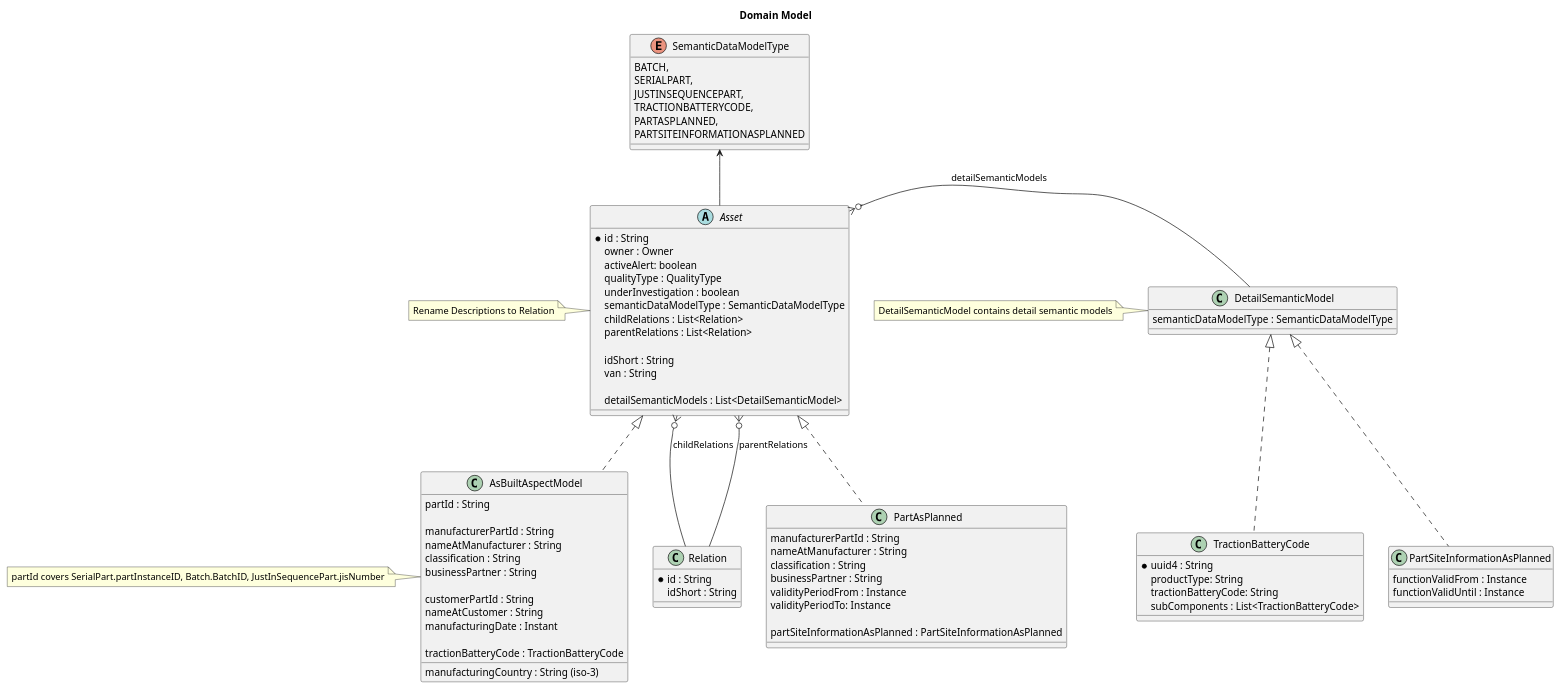
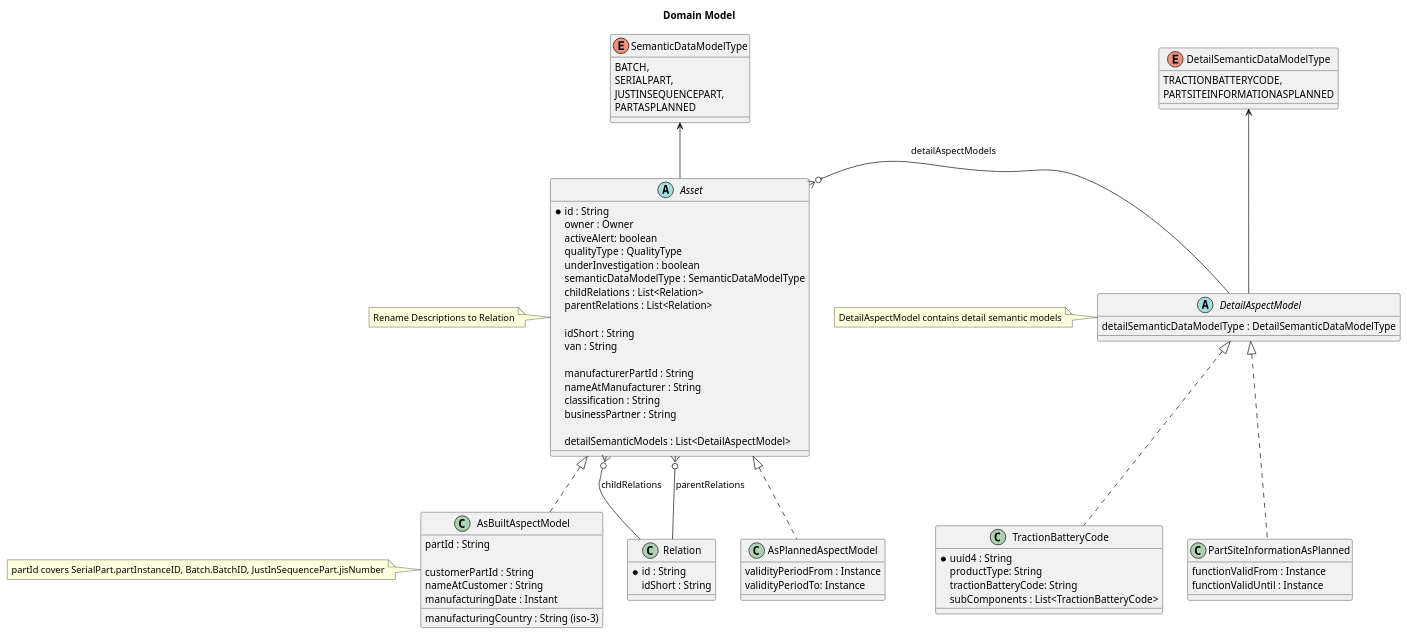
The diagram in docs/src/uml-diagrams/concept/TRACEFOSS-1423/domain-model.puml (eclipse-tractusx/traceability-foss), drawn with PlantUML before and after one commit.

Commit message:
chore(uml):[TRACEFOSS-1423] update domain model renaming of classes according to thei purpose

```diff
--- a/docs/src/uml-diagrams/concept/TRACEFOSS-1423/domain-model.puml
+++ b/docs/src/uml-diagrams/concept/TRACEFOSS-1423/domain-model.puml
@@ -1,112 +1,108 @@
 @startuml
 
 title: Domain Model
 
 
 abstract Asset {
         *   id : String
         owner : Owner
         activeAlert: boolean
         qualityType : QualityType
         underInvestigation : boolean
         semanticDataModelType : SemanticDataModelType
         childRelations : List<Relation>
         parentRelations : List<Relation>
 
         idShort : String
         van : String
 
-        detailSemanticModels : List<DetailSemanticModel>
+        manufacturerPartId : String /' partTypeInformation.manufacturerPartId '/
+        nameAtManufacturer : String /' partTypeInformation.nameAtManufacturer '/
+        classification : String /' partTypeInformation.classification '/
+        businessPartner : String /' BusinessPartner '/
+
+        detailSemanticModels : List<DetailAspectModel>
 }
 
 note left
     Rename Descriptions to Relation
 end note
 
 
-class DetailSemanticModel {
-    semanticDataModelType : SemanticDataModelType
+abstract DetailAspectModel {
+    detailSemanticDataModelType : DetailSemanticDataModelType
 }
 note left
-    DetailSemanticModel contains detail semantic models
+    DetailAspectModel contains detail semantic models
 end note
 
 
 class Relation {
        *   id : String
        idShort : String
 }
 
 enum SemanticDataModelType {
     BATCH,
     SERIALPART,
     JUSTINSEQUENCEPART,
+    PARTASPLANNED
+}
+
+
+enum DetailSemanticDataModelType {
     TRACTIONBATTERYCODE,
-    PARTASPLANNED,
     PARTSITEINFORMATIONASPLANNED
 }
-
 
 class AsBuiltAspectModel {
     partId : String /' BatchID ,  jisNumber , partInstanceID'/
 
-    manufacturerPartId : String /' partTypeInformation.manufacturerPartId '/
-    nameAtManufacturer : String /' partTypeInformation.nameAtManufacturer '/
-    classification : String /' partTypeInformation.classification '/
-    businessPartner : String /' BusinessPartner '/
-
+    /' specific customer attribute for asBuilt '/
     customerPartId : String
     nameAtCustomer : String
     manufacturingCountry : String (iso-3)
     manufacturingDate : Instant
-
-    tractionBatteryCode : TractionBatteryCode
-
 }
 
 note left
     partId covers SerialPart.partInstanceID, Batch.BatchID, JustInSequencePart.jisNumber
 end note
 
 class TractionBatteryCode {
     * uuid4 : String /' UUID ID '/
     productType: String
     tractionBatteryCode: String
     subComponents : List<TractionBatteryCode>
 }
 
-class PartAsPlanned {
-    manufacturerPartId : String /' partTypeInformation.manufacturerPartId '/
-    nameAtManufacturer : String /' partTypeInformation.nameAtManufacturer '/
-    classification : String /' partTypeInformation.classification '/
-    businessPartner : String /' BusinessPartner '/
+class  AsPlannedAspectModel { /' PartAsPlanned '/
 /'
     1.0.0
 '/
     validityPeriodFrom : Instance
     validityPeriodTo: Instance
-
-    partSiteInformationAsPlanned : PartSiteInformationAsPlanned
 }
 
 class PartSiteInformationAsPlanned {
 /'
     1.0.0
     Currently this is not ready for implementing - there is no specification right now.
 '/
     functionValidFrom : Instance
     functionValidUntil : Instance
 
 }
 
 
 SemanticDataModelType <-- Asset
+DetailSemanticDataModelType <-- DetailAspectModel
 Asset <|.. AsBuiltAspectModel
-Asset <|.. PartAsPlanned
+Asset <|.. AsPlannedAspectModel
 
 Asset }o-- Relation : childRelations
 Asset }o--  Relation : parentRelations
-Asset }o- DetailSemanticModel : detailSemanticModels
-DetailSemanticModel  <|.. TractionBatteryCode
-DetailSemanticModel  <|..  PartSiteInformationAsPlanned
+Asset }o- DetailAspectModel : detailAspectModels
+DetailAspectModel  <|.. TractionBatteryCode
+DetailAspectModel  <|..  PartSiteInformationAsPlanned
 @enduml
```
